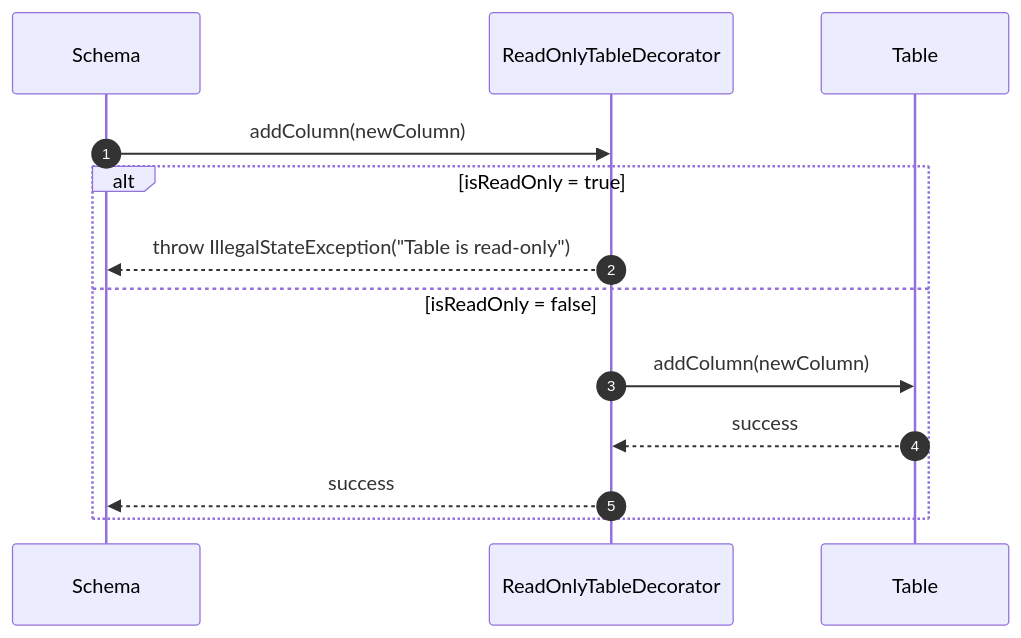
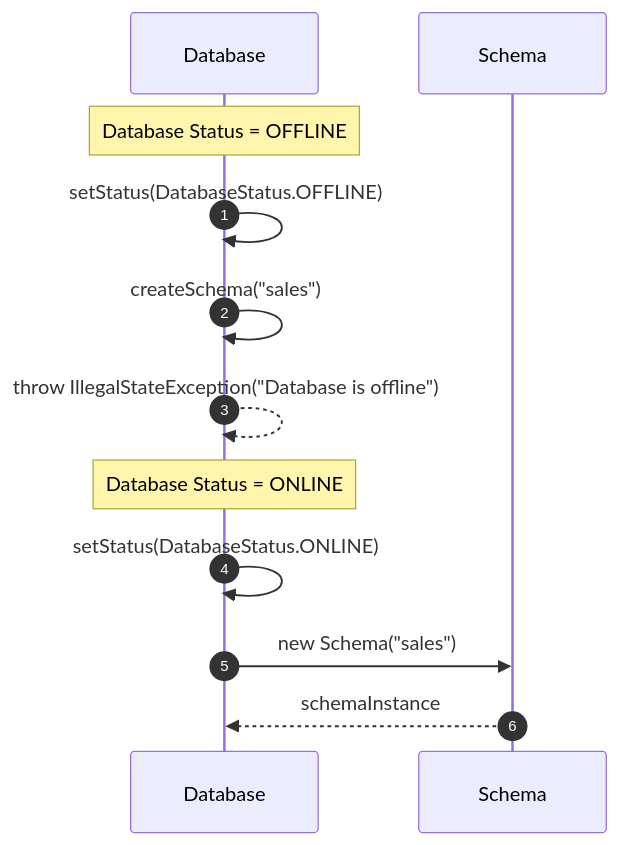
The fourth of 15 diagrams in docs/design_patterns/metadata/Sequece.md (Dikhang1112/Database_Management_BBV), drawn with Mermaid before and after one commit. The commit also changed other lines of this file and 2 other files, not shown here.

Commit message:
Refactor class diagram follow desgin pattern and document

````diff
--- a/docs/design_patterns/metadata/Sequece.md
+++ b/docs/design_patterns/metadata/Sequece.md
@@ -149,16 +93,16 @@
 ```mermaid
 sequenceDiagram
     autonumber
+    participant DB as Database
     participant Schema as Schema
-    participant Decorator as ReadOnlyTableDecorator
-    participant Table as Table
 
-    Schema->>Decorator: addColumn(newColumn)
-    alt isReadOnly = true
-        Decorator-->>Schema: throw IllegalStateException("Table is read-only")
-    else isReadOnly = false
-        Decorator->>Table: addColumn(newColumn)
-        Table-->>Decorator: success
-        Decorator-->>Schema: success
-    end
+    note over DB: Database Status = OFFLINE
+    DB->>DB: setStatus(DatabaseStatus.OFFLINE)
+    DB->>DB: createSchema("sales")
+    DB-->>DB: throw IllegalStateException("Database is offline")
+
+    note over DB: Database Status = ONLINE
+    DB->>DB: setStatus(DatabaseStatus.ONLINE)
+    DB->>Schema: new Schema("sales")
+    Schema-->>DB: schemaInstance
 ```
````
